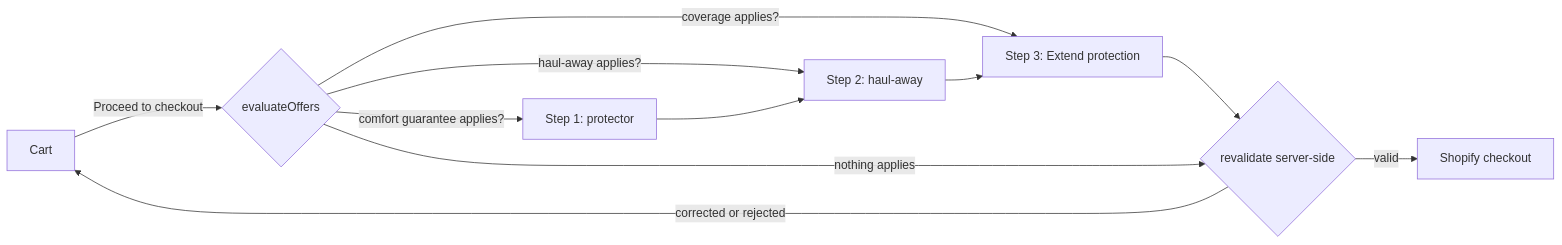
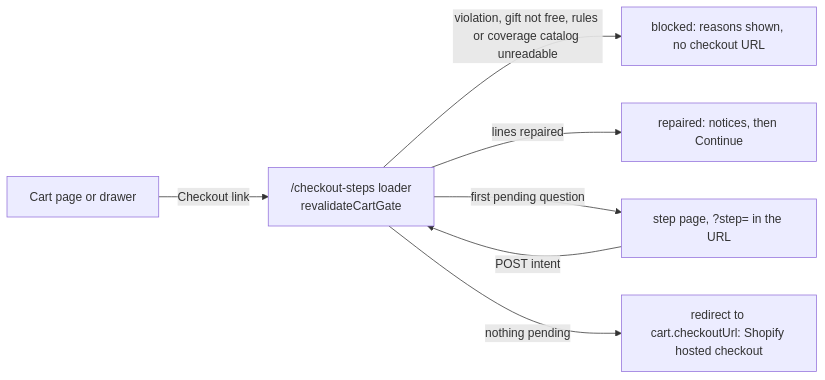
Before and after one commit to ShubhamDhimanDev/mattress-fitness: the second of 2 diagrams in docs/architecture/ARCHITECTURE.md, drawn with Mermaid. The commit also changed other lines of this file and 17 other files, not shown here.

First line of the commit message:
docs: architecture, integration, research and ADR documents brought in line with the code (as-built sections, F-45..F-47, V-27, V-28)

````diff
--- a/docs/architecture/ARCHITECTURE.md
+++ b/docs/architecture/ARCHITECTURE.md
@@ -65,11 +100,9 @@
 ```mermaid
 flowchart LR
-  C[Cart] -->|Proceed to checkout| V1{evaluateOffers}
-  V1 -->|comfort guarantee applies?| S1[Step 1: protector]
-  V1 -->|haul-away applies?| S2[Step 2: haul-away]
-  V1 -->|coverage applies?| S3[Step 3: Extend protection]
-  S1 --> S2 --> S3 --> V2{revalidate server-side}
-  V1 -->|nothing applies| V2
-  V2 -->|corrected or rejected| C
-  V2 -->|valid| CO[Shopify checkout]
+  C[Cart page or drawer] -->|Checkout link| G["/checkout-steps loader<br/>revalidateCartGate"]
+  G -->|violation, gift not free, rules or coverage catalog unreadable| B[blocked: reasons shown, no checkout URL]
+  G -->|lines repaired| R[repaired: notices, then Continue]
+  G -->|first pending question| S["step page, ?step= in the URL"]
+  S -->|POST intent| G
+  G -->|nothing pending| CO[redirect to cart.checkoutUrl: Shopify hosted checkout]
 ```
````
